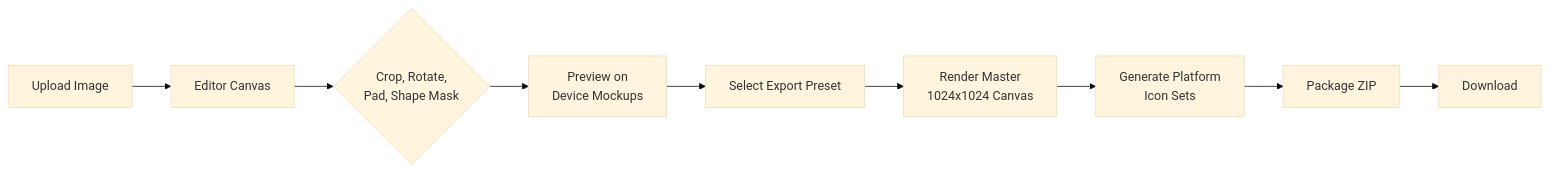
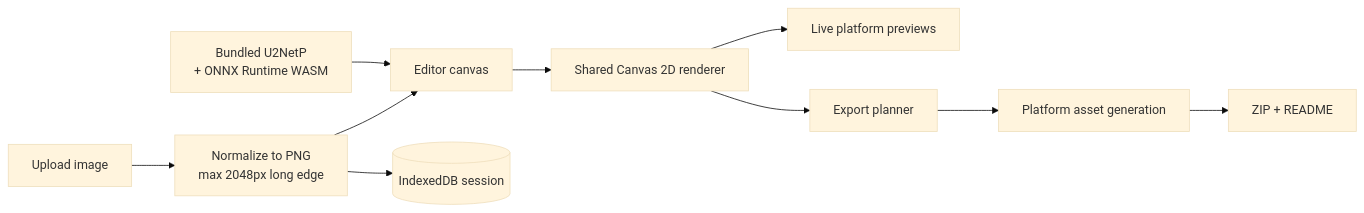
The first of 2 diagrams in README.md (devasishpal/Cloud_Icon_Studio), drawn with Mermaid (base theme) before and after one commit. The commit also changed other lines of this file and 2 other files, not shown here.

````diff
--- a/README.md
+++ b/README.md
@@ -25,11 +77,12 @@
 ```mermaid
 flowchart LR
-    A[Upload Image] --> B[Editor Canvas]
-    B --> C{Crop, Rotate,<br/>Pad, Shape Mask}
-    C --> D[Preview on<br/>Device Mockups]
-    D --> E[Select Export Preset]
-    E --> F[Render Master<br/>1024x1024 Canvas]
-    F --> G[Generate Platform<br/>Icon Sets]
-    G --> H[Package ZIP]
-    H --> I[Download]
+    A[Upload image] --> B[Normalize to PNG<br/>max 2048px long edge]
+    B --> C[Editor canvas]
+    B --> D[(IndexedDB session)]
+    C --> E[Shared Canvas 2D renderer]
+    E --> F[Live platform previews]
+    E --> G[Export planner]
+    G --> H[Platform asset generation]
+    H --> I[ZIP + README]
+    J[Bundled U2NetP<br/>+ ONNX Runtime WASM] --> C
 ```
````
